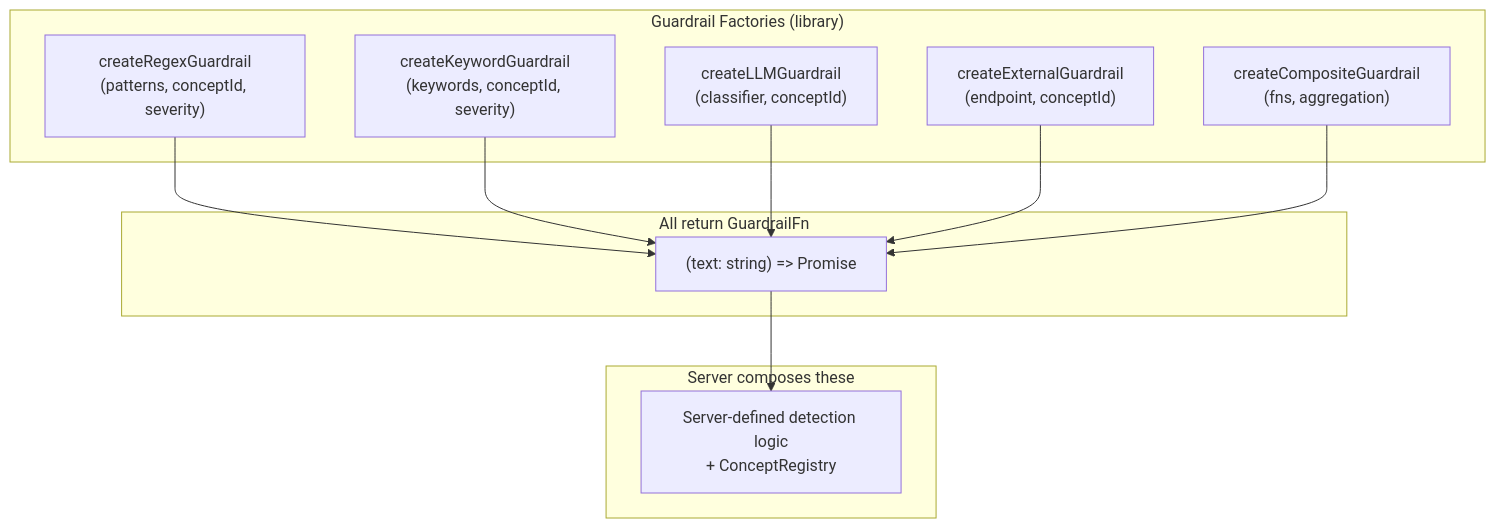
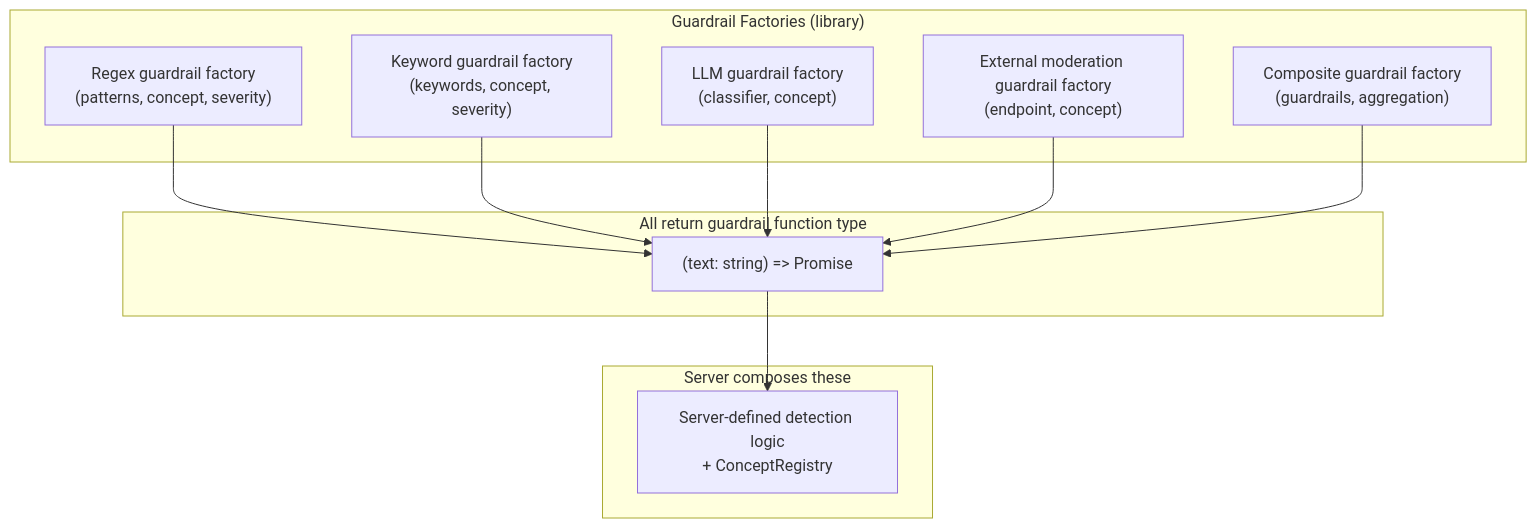
Before and after one commit to 1qh/safeagent: the eighth of 17 diagrams in plan/10-guardrails.md, drawn with Mermaid. The commit also changed other lines of this file and 18 other files, not shown here.

Commit message:
strip implementation specifics: replace function names, API calls, route paths with conceptual descriptions across all 19 plan files

````diff
--- a/plan/10-guardrails.md
+++ b/plan/10-guardrails.md
@@ -343,22 +343,22 @@
 ```mermaid
 flowchart TB
     subgraph GUARDRAIL_FACTORIES["Guardrail Factories (library)"]
-        REGEX["createRegexGuardrail\n(patterns, conceptId, severity)"]
-        KEYWORD["createKeywordGuardrail\n(keywords, conceptId, severity)"]
-        LLM_G["createLLMGuardrail\n(classifier, conceptId)"]
-        EXTERNAL["createExternalGuardrail\n(endpoint, conceptId)"]
-        COMPOSITE["createCompositeGuardrail\n(fns, aggregation)"]
+        REGEX["Regex guardrail factory\n(patterns, concept, severity)"]
+        KEYWORD["Keyword guardrail factory\n(keywords, concept, severity)"]
+        LLM_G["LLM guardrail factory\n(classifier, concept)"]
+        EXTERNAL["External moderation guardrail factory\n(endpoint, concept)"]
+        COMPOSITE["Composite guardrail factory\n(guardrails, aggregation)"]
     end
 
-    subgraph OUTPUT["All return GuardrailFn"]
+    subgraph OUTPUT["All return guardrail function type"]
         FN["(text: string) => Promise<GuardrailVerdict>"]
     end
 
     REGEX & KEYWORD & LLM_G & EXTERNAL & COMPOSITE --> FN
 
     subgraph USAGE["Server composes these"]
         SERVER_LOGIC["Server-defined detection logic\n+ ConceptRegistry"]
     end
 
     FN --> SERVER_LOGIC
 ```
````
